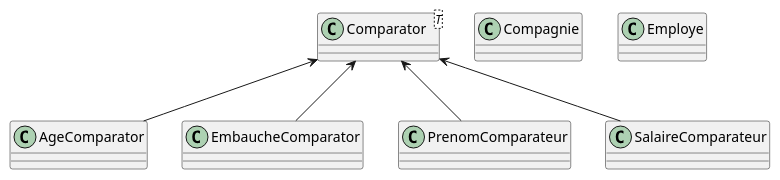
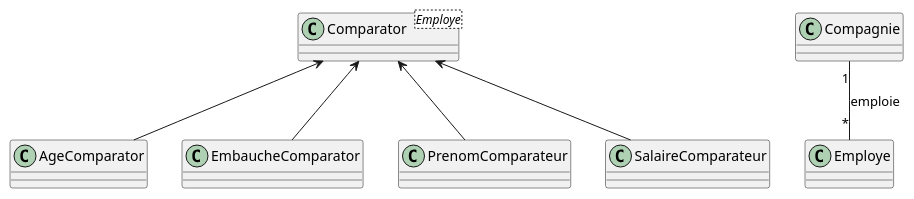
One commit to yvanross/LOG121-GOF-exemples changed the diagram in log121/src/main/java/PatronStrategie/Comparator/class.plantuml. Above: the diagram before and after it, drawn with PlantUML. The commit also changed 7 other files, not shown here.

```diff
--- a/log121/src/main/java/PatronStrategie/Comparator/class.plantuml
+++ b/log121/src/main/java/PatronStrategie/Comparator/class.plantuml
@@ -1,16 +1,17 @@
 @startuml
 
 class AgeComparator{}
 class Compagnie{}
 Class EmbaucheComparator{}
 Class Employe{}
 Class PrenomComparateur{}
 Class SalaireComparateur{}
-class Comparator<T>{}
+class Comparator<Employe>{}
 
 AgeComparator -up-> Comparator
 EmbaucheComparator -up-> Comparator
 PrenomComparateur -up-> Comparator
 SalaireComparateur -up-> Comparator
+Compagnie "1" -- "*" Employe : emploie
 
 @enduml
```
